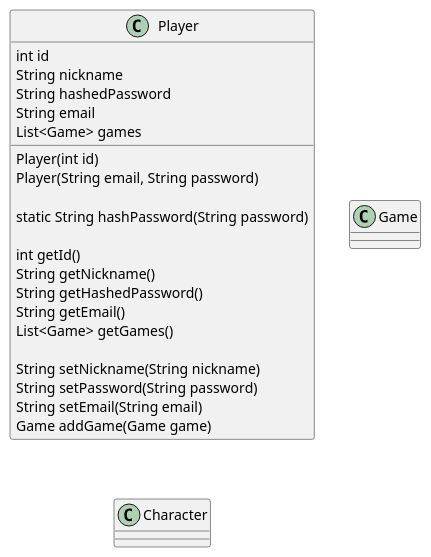
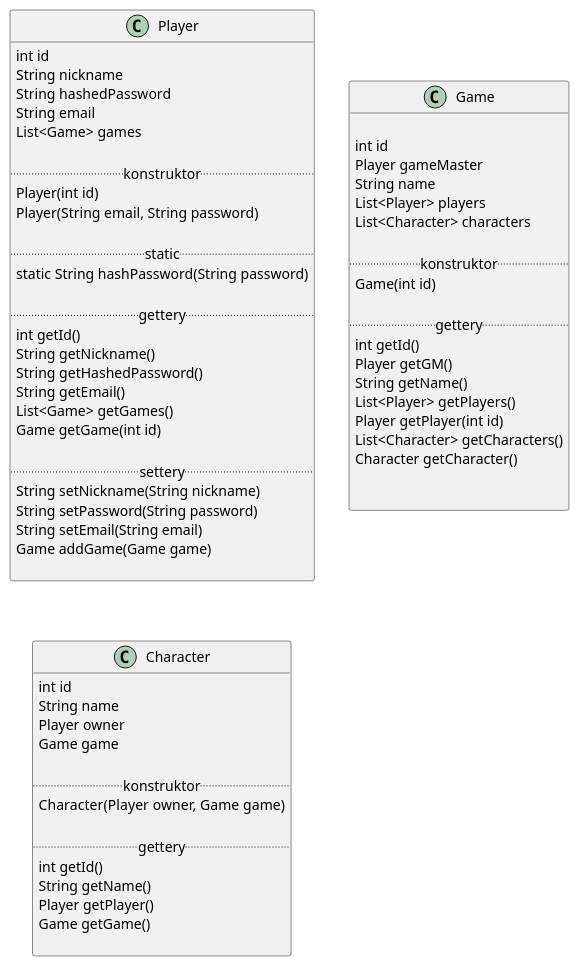
One commit to TheVivent-Politechnika-Lodzka/io_webrpg changed the diagram in diagrams/diagram_klas.plantuml. Above: the diagram before and after it, drawn with PlantUML.

Commit message:
dodane klasy game i character w diagramie klas

```diff
--- a/diagrams/diagram_klas.plantuml
+++ b/diagrams/diagram_klas.plantuml
@@ -1,32 +1,75 @@
 @startuml
 
 class "Player" {
     int id
     String nickname
     String hashedPassword
     String email
     List<Game> games
 
+    .. konstruktor ..
     Player(int id)
     Player(String email, String password)
 
+    .. static ..
     static String hashPassword(String password)
 
+    .. gettery ..
     int getId()
     String getNickname()
     String getHashedPassword()
     String getEmail()
     List<Game> getGames()
+    Game getGame(int id)
 
+    .. settery ..
     String setNickname(String nickname)
     String setPassword(String password)
     String setEmail(String email)
     Game addGame(Game game)
 
 }
 
-class "Game"
-class "Character"
+class "Game"{
+    
+    int id
+    Player gameMaster
+    String name
+    List<Player> players
+    List<Character> characters
+
+    .. konstruktor ..
+    Game(int id)
+
+    .. gettery ..
+    int getId()
+    Player getGM()
+    String getName()
+    List<Player> getPlayers()
+    Player getPlayer(int id)
+    List<Character> getCharacters()
+    Character getCharacter()
+
+
+}
+
+
+class "Character"{
+    int id
+    String name
+    Player owner
+    Game game
+
+    .. konstruktor ..
+    Character(Player owner, Game game)
+
+    .. gettery ..
+    int getId()
+    String getName()
+    Player getPlayer()
+    Game getGame()
+
+}
 
 
 @enduml
```
